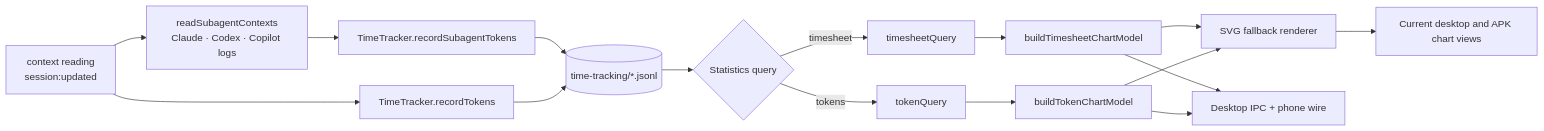
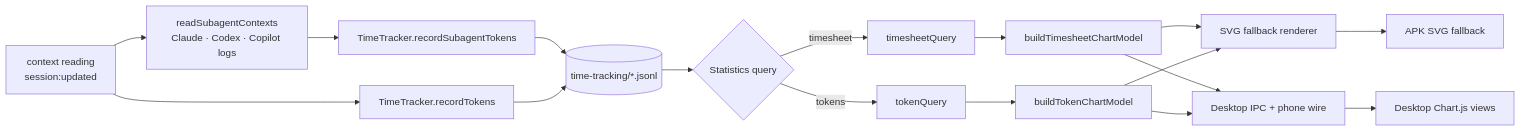
Before and after one commit to PetePeter/helm: the second of 3 diagrams in docs/time-tracking.md, drawn with Mermaid. The commit also changed other lines of this file and 12 other files, not shown here.

Commit message:
feat(stats): render desktop statistics with Chart.js

````diff
--- a/docs/time-tracking.md
+++ b/docs/time-tracking.md
@@ -53,17 +53,18 @@
 ```mermaid
 graph LR
   CU[context reading<br/>session:updated] --> TT[TimeTracker.recordTokens]
   CU --> SA[readSubagentContexts<br/>Claude · Codex · Copilot logs] --> TS[TimeTracker.recordSubagentTokens]
   TS --> J
   TT --> J[(time-tracking/*.jsonl)]
   J --> Q{Statistics query}
   Q -->|timesheet| T[timesheetQuery]
   Q -->|tokens| K[tokenQuery]
   T --> CM[buildTimesheetChartModel]
   K --> CM2[buildTokenChartModel]
   CM --> C[SVG fallback renderer]
   CM2 --> C
   CM --> D[Desktop IPC + phone wire]
   CM2 --> D
-  C --> UI[Current desktop and APK chart views]
+  C --> A[APK SVG fallback]
+  D --> U[Desktop Chart.js views]
 ```
````
